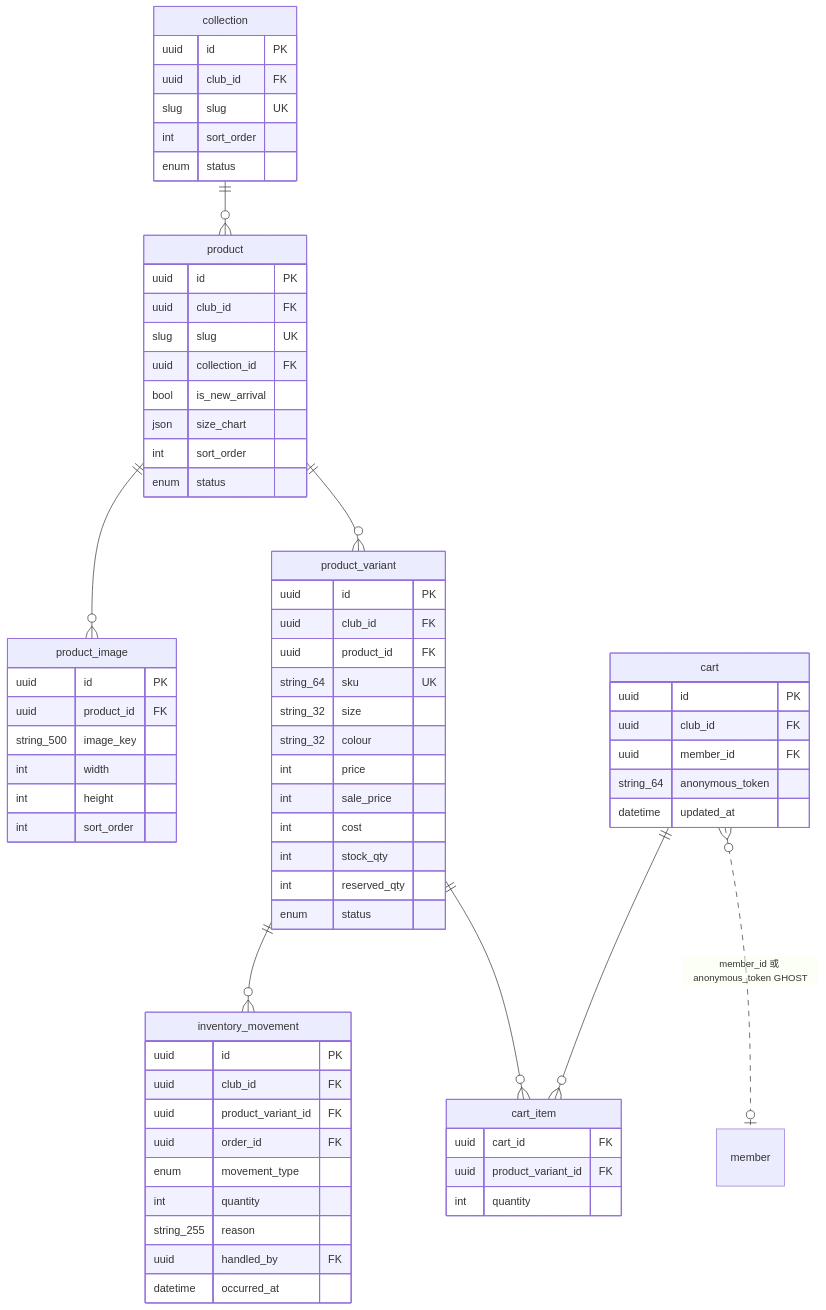
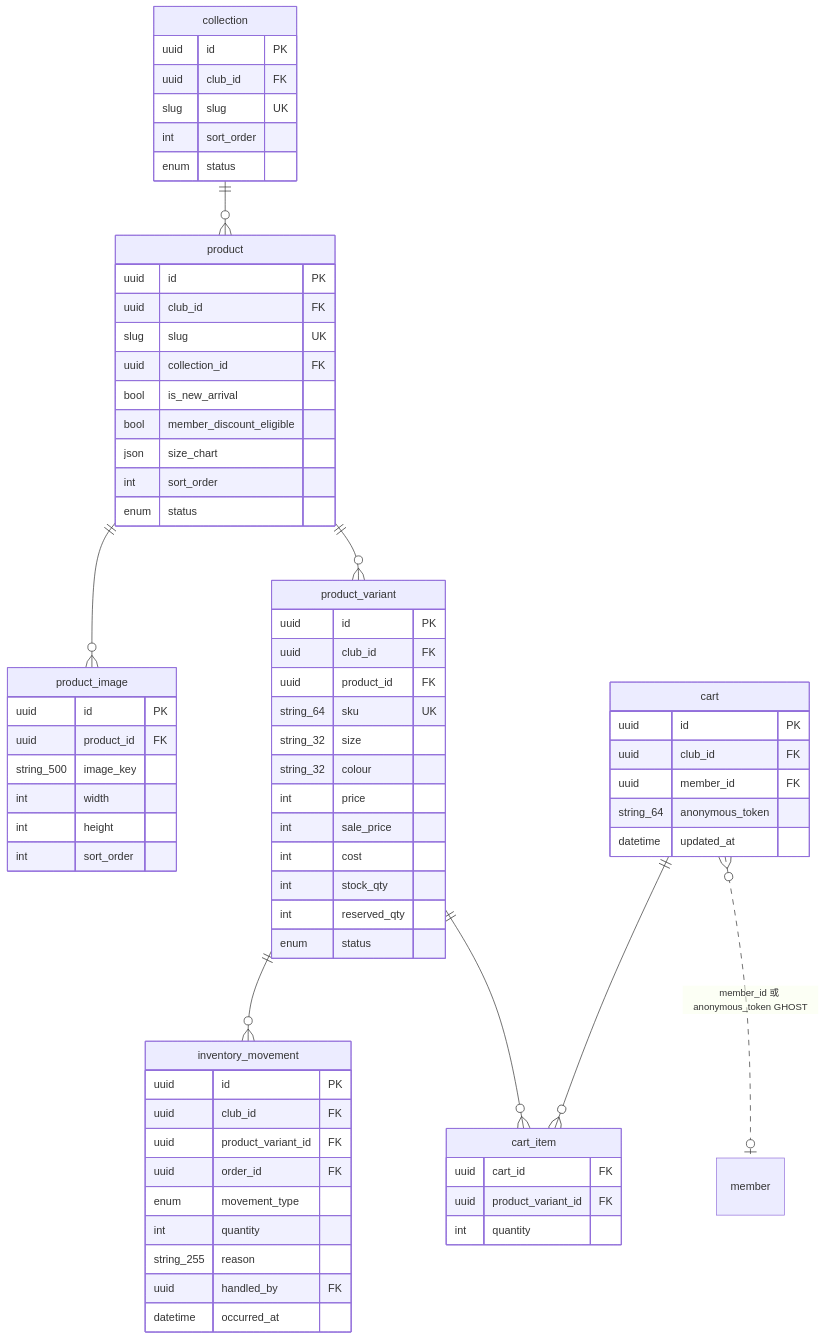
Diagram 12 of 17 in docs/12a-database-erd.md (waiting0201/tcrfc), drawn with Mermaid before and after one commit. The commit also changed other lines of this file and 274 other files, not shown here.

````diff
--- a/docs/12a-database-erd.md
+++ b/docs/12a-database-erd.md
@@ -918,72 +922,73 @@
 ```mermaid
 erDiagram
   collection ||--o{ product : ""
   product ||--o{ product_image : ""
   product ||--o{ product_variant : ""
   product_variant ||--o{ inventory_movement : ""
   product_variant ||--o{ cart_item : ""
   cart ||--o{ cart_item : ""
   cart }o..o| member : "member_id 或 anonymous_token GHOST"
   collection {
     uuid id PK
     uuid club_id FK
     slug slug UK
     int sort_order
     enum status
   }
   product {
     uuid id PK
     uuid club_id FK
     slug slug UK
     uuid collection_id FK
     bool is_new_arrival
+    bool member_discount_eligible
     json size_chart
     int sort_order
     enum status
   }
   product_image {
     uuid id PK
     uuid product_id FK
     string_500 image_key
     int width
     int height
     int sort_order
   }
   product_variant {
     uuid id PK
     uuid club_id FK
     uuid product_id FK
     string_64 sku UK
     string_32 size
     string_32 colour
     int price
     int sale_price
     int cost
     int stock_qty
     int reserved_qty
     enum status
   }
   inventory_movement {
     uuid id PK
     uuid club_id FK
     uuid product_variant_id FK
     uuid order_id FK
     enum movement_type
     int quantity
     string_255 reason
     uuid handled_by FK
     datetime occurred_at
   }
   cart {
     uuid id PK
     uuid club_id FK
     uuid member_id FK
     string_64 anonymous_token
     datetime updated_at
   }
   cart_item {
     uuid cart_id FK
     uuid product_variant_id FK
     int quantity
   }
 ```
````
